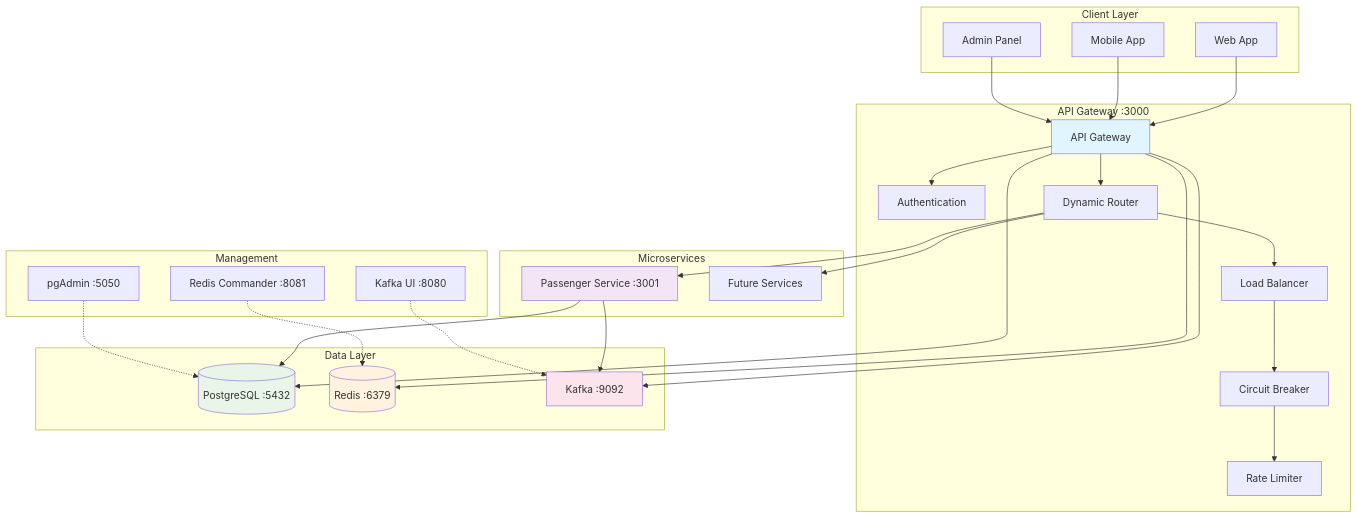
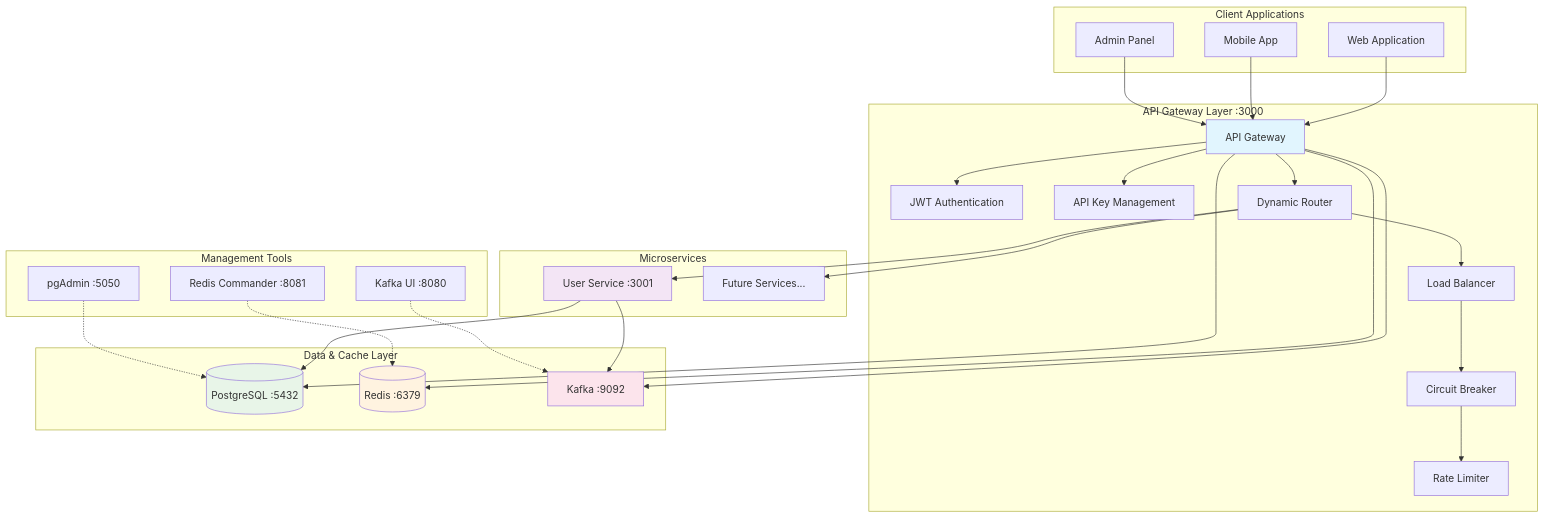
One commit to NamPhAm-Work423/Metro-backend changed the second of 3 diagrams in README.md. Above: the diagram before and after it, drawn with Mermaid. The commit also changed other lines of this file and 113 other files, not shown here.

Commit message:
merge admin, staff, passenger into user service && create swagger UI for clear touch with Backend

````diff
--- a/README.md
+++ b/README.md
@@ -84,64 +358,66 @@
 ```mermaid
 graph TB
-    subgraph "Client Layer"
-        C1[Web App]
-        C2[Mobile App]
-        C3[Admin Panel]
+    subgraph "Client Applications"
+        WEB[Web Application]
+        MOBILE[Mobile App]
+        ADMIN[Admin Panel]
     end
 
-    subgraph "API Gateway :3000"
-        AG[API Gateway]
-        AUTH[Authentication]
+    subgraph "API Gateway Layer :3000"
+        GATEWAY[API Gateway]
+        AUTH[JWT Authentication]
+        APIKEY[API Key Management]
         ROUTER[Dynamic Router]
         LB[Load Balancer]
         CB[Circuit Breaker]
-        RL[Rate Limiter]
+        RATE[Rate Limiter]
     end
 
     subgraph "Microservices"
-        PS[Passenger Service :3001]
-        FS[Future Services]
+        USER[User Service :3001]
+        FUTURE[Future Services...]
     end
 
-    subgraph "Data Layer"
-        PG[(PostgreSQL :5432)]
-        RD[(Redis :6379)]
-        KF[Kafka :9092]
+    subgraph "Data & Cache Layer"
+        POSTGRES[(PostgreSQL :5432)]
+        REDIS[(Redis :6379)]
+        KAFKA[Kafka :9092]
     end
 
-    subgraph "Management"
-        PA[pgAdmin :5050]
-        RC[Redis Commander :8081]
-        KU[Kafka UI :8080]
+    subgraph "Management Tools"
+        PGADMIN[pgAdmin :5050]
+        REDISUI[Redis Commander :8081]
+        KAFKAUI[Kafka UI :8080]
     end
 
-    C1 --> AG
-    C2 --> AG  
-    C3 --> AG
+    WEB --> GATEWAY
+    MOBILE --> GATEWAY
+    ADMIN --> GATEWAY
 
-    AG --> AUTH
-    AG --> ROUTER
+    GATEWAY --> AUTH
+    GATEWAY --> APIKEY
+    GATEWAY --> ROUTER
     ROUTER --> LB
     LB --> CB
-    CB --> RL
+    CB --> RATE
 
-    ROUTER --> PS
-    ROUTER --> FS
+    ROUTER --> USER
+    ROUTER --> FUTURE
 
-    AG --> PG
-    AG --> RD
-    AG --> KF
+    GATEWAY --> POSTGRES
+    GATEWAY --> REDIS
+    GATEWAY --> KAFKA
 
-    PS --> PG
-    PS --> KF
+    USER --> POSTGRES
+    USER --> KAFKA
 
-    PA -.-> PG
-    RC -.-> RD
-    KU -.-> KF
+    PGADMIN -.-> POSTGRES
+    REDISUI -.-> REDIS
+    KAFKAUI -.-> KAFKA
 
-    style AG fill:#e1f5fe
-    style PS fill:#f3e5f5
-    style PG fill:#e8f5e8
-    style RD fill:#fff3e0
-    style KF fill:#fce4ec
+    style GATEWAY fill:#e1f5fe
+    style USER fill:#f3e5f5
+    style POSTGRES fill:#e8f5e8
+    style REDIS fill:#fff3e0
+    style KAFKA fill:#fce4ec
 ```
````
